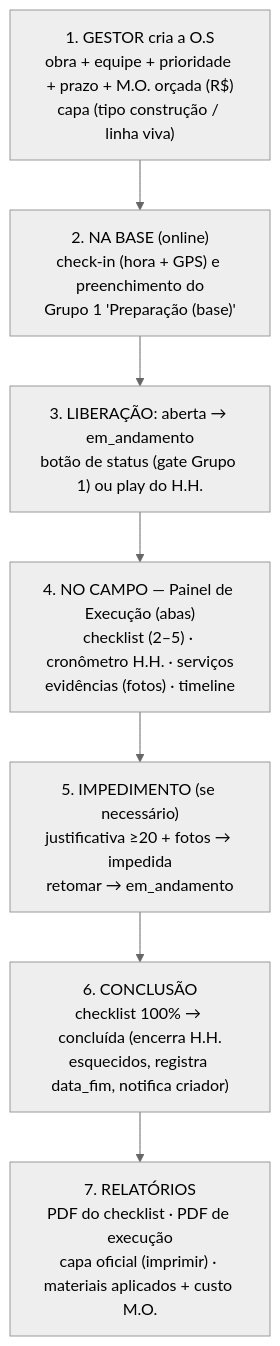
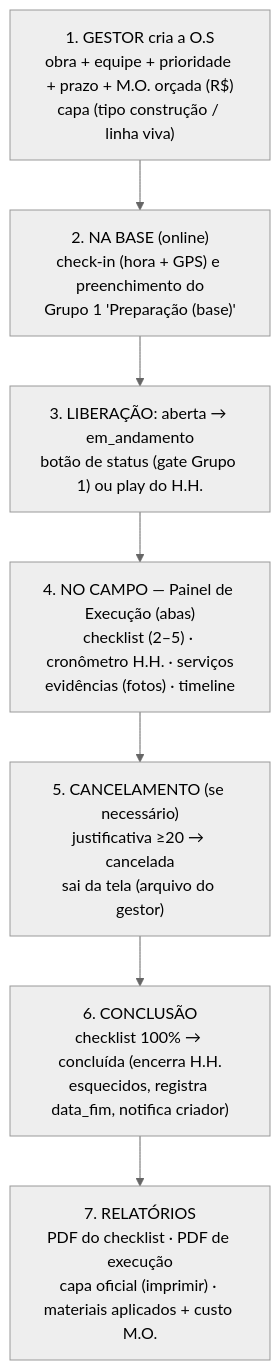
The third of 4 diagrams in DIAGRAMA_OS.md (Edenir-Munaretto/App_Munaretto), drawn with Mermaid (neutral theme) before and after one commit. The commit also changed other lines of this file and 13 other files, not shown here.

````diff
--- a/DIAGRAMA_OS.md
+++ b/DIAGRAMA_OS.md
@@ -123,10 +117,10 @@
 ```mermaid
 flowchart TD
     A["1. GESTOR cria a O.S<br/>obra + equipe + prioridade + prazo + M.O. orçada (R$)<br/>capa (tipo construção / linha viva)"] --> B
     B["2. NA BASE (online)<br/>check-in (hora + GPS) e preenchimento do<br/>Grupo 1 'Preparação (base)'"] --> C
     C["3. LIBERAÇÃO: aberta → em_andamento<br/>botão de status (gate Grupo 1) ou play do H.H."] --> D
     D["4. NO CAMPO — Painel de Execução (abas)<br/>checklist (2–5) · cronômetro H.H. · serviços<br/>evidências (fotos) · timeline"] --> E
-    E["5. IMPEDIMENTO (se necessário)<br/>justificativa ≥20 + fotos → impedida<br/>retomar → em_andamento"] --> F
+    E["5. CANCELAMENTO (se necessário)<br/>justificativa ≥20 → cancelada<br/>sai da tela (arquivo do gestor)"] --> F
     F["6. CONCLUSÃO<br/>checklist 100% → concluída (encerra H.H.<br/>esquecidos, registra data_fim, notifica criador)"] --> G
     G["7. RELATÓRIOS<br/>PDF do checklist · PDF de execução<br/>capa oficial (imprimir) · materiais aplicados + custo M.O."]
 ```
````
